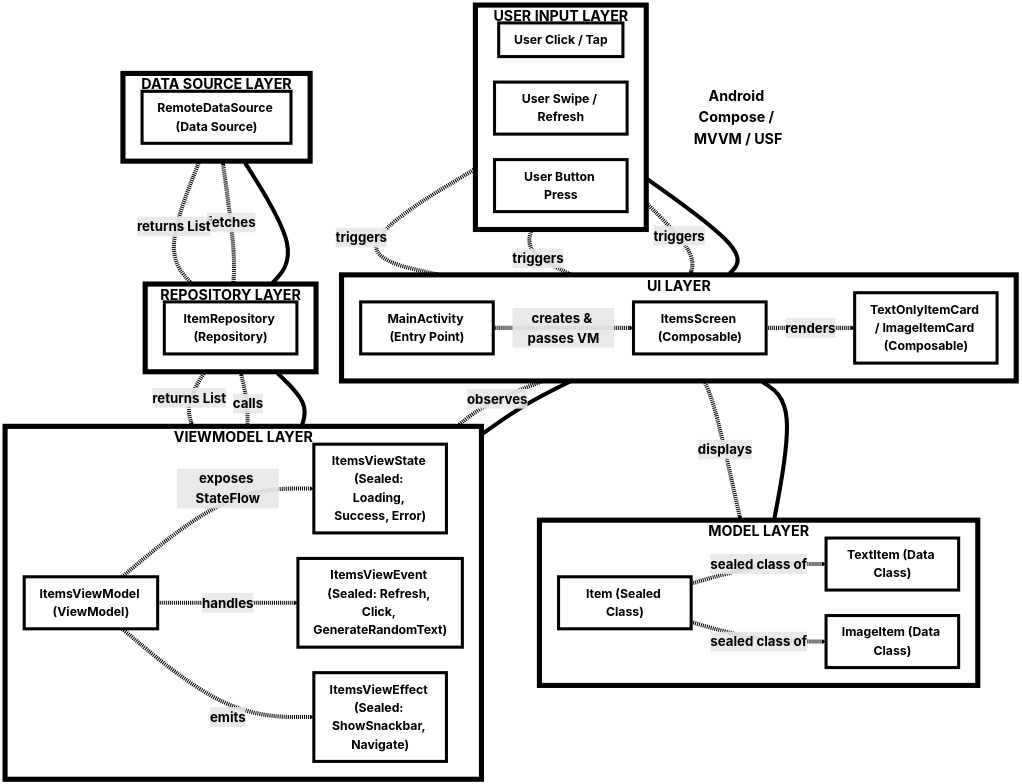
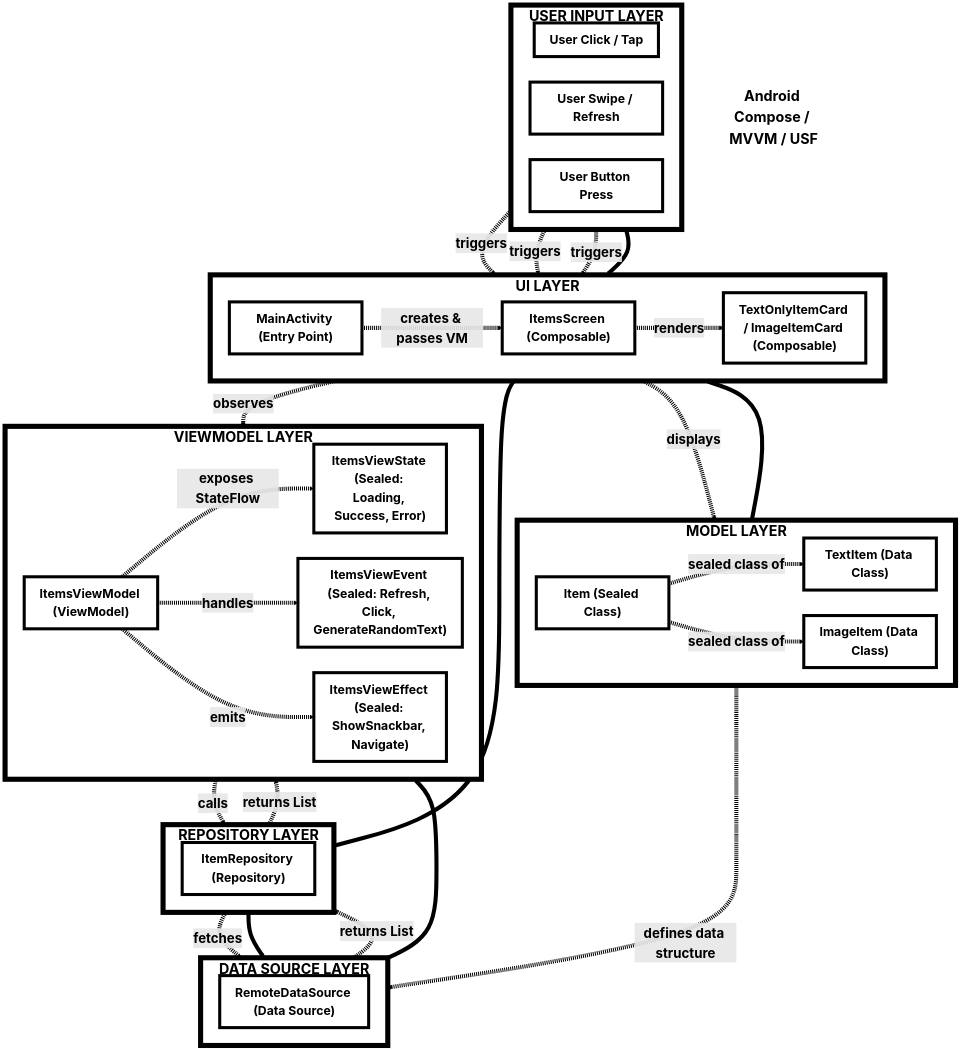
The diagram in diagrams/architectural/mvvmWithComposeAndUsf.mmd (free5ty1e/android-coding-reference), drawn with Mermaid before and after one commit.

```diff
--- a/diagrams/architectural/mvvmWithComposeAndUsf.mmd
+++ b/diagrams/architectural/mvvmWithComposeAndUsf.mmd
@@ -1,85 +1,91 @@
 flowchart TD
     %% TITLE AS MINIMAL TEXT - NO CONNECTIONS
     title["Android Compose / MVVM / USF"]
     
-    %% MANUALLY POSITIONED LAYERS - FORCE RECTANGULAR SHAPE
+    %% TOP ROW - SPLIT INTO TWO COLUMNS
     subgraph MODEL["MODEL LAYER"]
         direction LR
         Item["Item (Sealed Class)"]
         TextItem["TextItem (Data Class)"]
         ImageItem["ImageItem (Data Class)"]
     end
     
     subgraph USER["USER INPUT LAYER"]
         direction LR
         UserClick["User Click / Tap"]
         UserSwipe["User Swipe / Refresh"]
         UserButton["User Button Press"]
     end
     
-    subgraph UI["UI LAYER"]
-        direction LR
-        MainActivity["MainActivity (Entry Point)"]
-        ItemsScreen["ItemsScreen (Composable)"]
-        ItemCard["TextOnlyItemCard / ImageItemCard (Composable)"]
-    end
-    
-    subgraph VM["VIEWMODEL LAYER"]
-        direction LR
-        ItemsViewModel["ItemsViewModel (ViewModel)"]
-        ViewState["ItemsViewState (Sealed: Loading, Success, Error)"]
-        ViewEvent["ItemsViewEvent (Sealed: Refresh, Click, GenerateRandomText)"]
-        ViewEffect["ItemsViewEffect (Sealed: ShowSnackbar, Navigate)"]
-    end
-    
+    %% MIDDLE ROWS - REPOSITORY AND DATA SOURCE ABOVE VIEWMODEL
     subgraph REPO["REPOSITORY LAYER"]
         direction LR
         ItemRepository["ItemRepository (Repository)"]
     end
     
     subgraph DS["DATA SOURCE LAYER"]
         direction LR
         RemoteDataSource["RemoteDataSource (Data Source)"]
     end
     
+    %% UI LAYER
+    subgraph UI["UI LAYER"]
+        direction LR
+        MainActivity["MainActivity (Entry Point)"]
+        ItemsScreen["ItemsScreen (Composable)"]
+        ItemCard["TextOnlyItemCard / ImageItemCard (Composable)"]
+    end
+    
+    %% BOTTOM ROW - VIEWMODEL LAYER
+    subgraph VM["VIEWMODEL LAYER"]
+        direction LR
+        ItemsViewModel["ItemsViewModel (ViewModel)"]
+        ViewState["ItemsViewState (Sealed: Loading, Success, Error)"]
+        ViewEvent["ItemsViewEvent (Sealed: Refresh, Click, GenerateRandomText)"]
+        ViewEffect["ItemsViewEffect (Sealed: ShowSnackbar, Navigate)"]
+    end
+    
     %% FORCE RECTANGULAR LAYOUT - NO TITLE CONNECTIONS
     MODEL --> UI
     USER --> UI
     
-    UI --> VM
-    VM --> REPO
+    UI --> REPO
     REPO --> DS
+    DS --> VM
     
     %% DETAILED CONNECTIONS - ALL THE USEFUL DATA
     UserClick -.->|"triggers"| ItemsScreen
     UserSwipe -.->|"triggers"| ItemsScreen
     UserButton -.->|"triggers"| ItemsScreen
     
     MainActivity -.->|"creates & passes VM"| ItemsScreen
     ItemsScreen -.->|"observes"| ItemsViewModel
     ItemsScreen -.->|"renders"| ItemCard
     ItemCard -.->|"displays"| Item
     
     ItemsViewModel -.->|"exposes StateFlow"| ViewState
     ItemsViewModel -.->|"handles"| ViewEvent  
     ItemsViewModel -.->|"emits"| ViewEffect
     ItemsViewModel -.->|"calls"| ItemRepository
     
     ItemRepository -.->|"fetches"| RemoteDataSource
     RemoteDataSource -.->|"returns List<Item>"| ItemRepository
     ItemRepository -.->|"returns List<Item>"| ItemsViewModel
     
     Item -.->|"sealed class of"| TextItem
     Item -.->|"sealed class of"| ImageItem
     
+    %% MODEL TO DATA SOURCE CONNECTION
+    MODEL -.->|"defines data structure"| DS
+    
     %% STYLING - LARGER TEXT FOR BETTER UTILIZATION
     classDef nodeStyle fill:#ffffff,stroke:#000000,stroke-width:6px,color:#000000,font-size:24px,font-weight:bold
     classDef groupStyle fill:#ffffff,stroke:#000000,stroke-width:10px,color:#000000,font-size:28px,font-weight:bold
     classDef titleStyle fill:#ffffff,stroke:none,color:#000000,font-size:28px,font-weight:bold
     
     class MainActivity,ItemsScreen,ItemCard,ItemsViewModel,ViewState,ViewEvent,ViewEffect,ItemRepository,RemoteDataSource,Item,TextItem,ImageItem,UserClick,UserSwipe,UserButton nodeStyle
     class UI,VM,REPO,DS,MODEL,USER groupStyle
     class title titleStyle
     
     %% THICK ARROW LINES AND LARGE ARROW TEXT
     linkStyle default stroke:#000000,stroke-width:8px,color:#000000,font-size:26px,font-weight:bold
```
